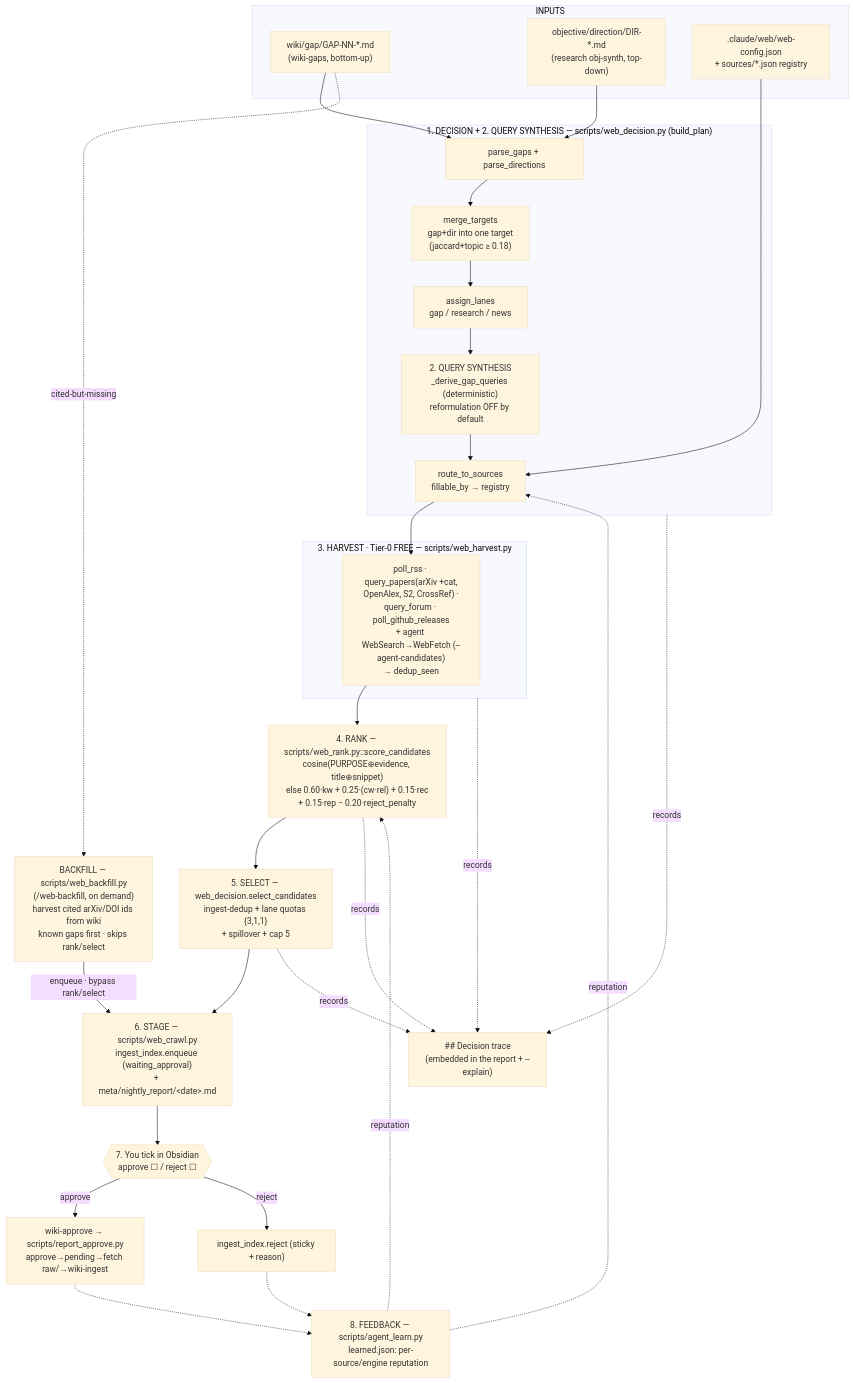
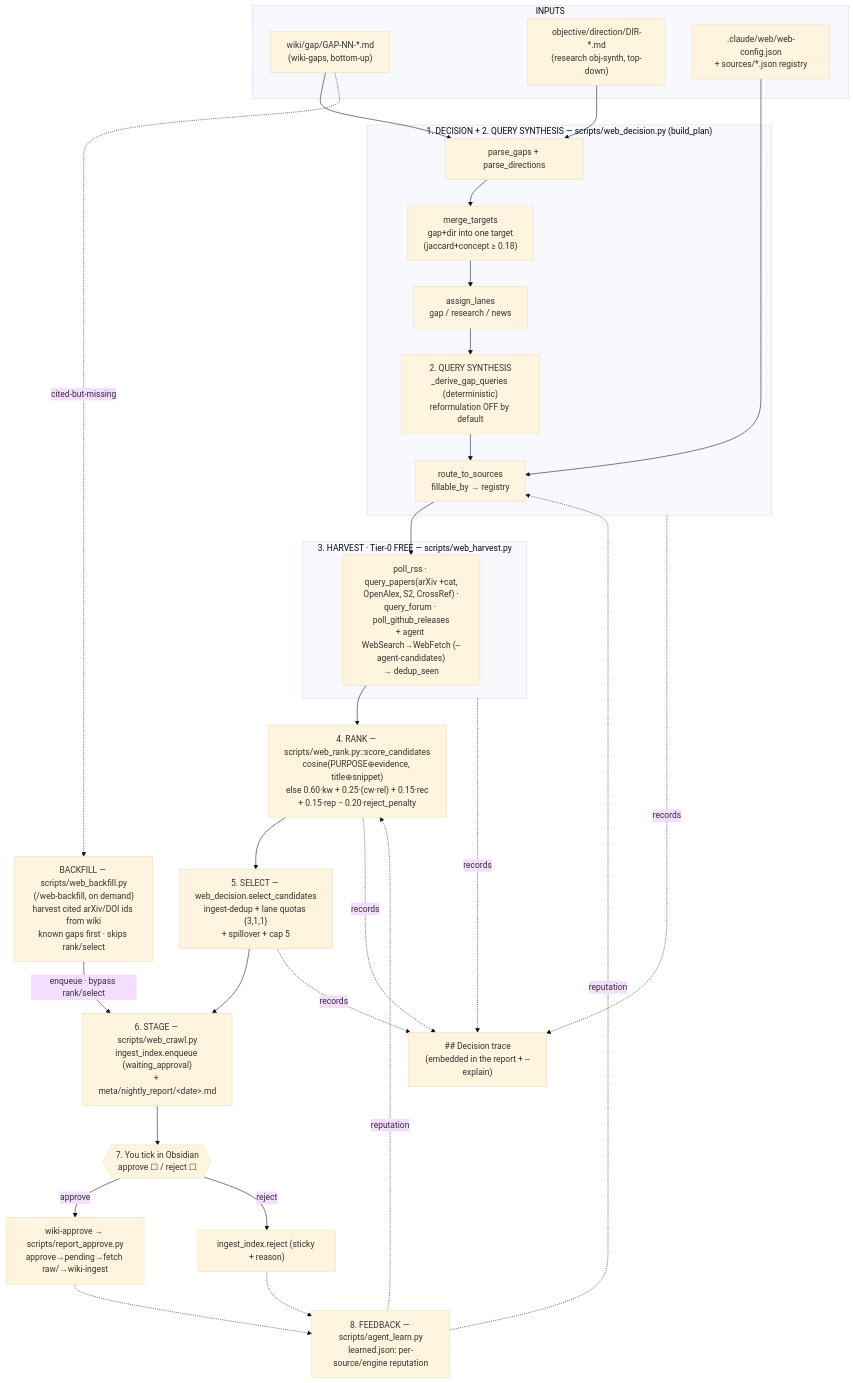
The diagram in docs/web-agent-workflow.md (jjpietrak/secondbrain), drawn with Mermaid (base theme) before and after one commit. The commit also changed other lines of this file and 28 other files, not shown here.

````diff
--- a/docs/web-agent-workflow.md
+++ b/docs/web-agent-workflow.md
@@ -21,48 +21,48 @@
 ```mermaid
 flowchart TD
   subgraph IN["INPUTS"]
     G["wiki/gap/GAP-NN-*.md<br/>(wiki-gaps, bottom-up)"]
     D["objective/direction/DIR-*.md<br/>(research obj-synth, top-down)"]
     CFG[".claude/web/web-config.json<br/>+ sources/*.json registry"]
   end
 
   subgraph DEC["1. DECISION + 2. QUERY SYNTHESIS — scripts/web_decision.py (build_plan)"]
     P["parse_gaps + parse_directions"]
-    M["merge_targets<br/>gap+dir into one target<br/>(jaccard+topic ≥ 0.18)"]
+    M["merge_targets<br/>gap+dir into one target<br/>(jaccard+concept ≥ 0.18)"]
     L["assign_lanes<br/>gap / research / news"]
     QS["2. QUERY SYNTHESIS<br/>_derive_gap_queries (deterministic)<br/>reformulation OFF by default"]
     R["route_to_sources<br/>fillable_by → registry"]
     P --> M --> L --> QS --> R
   end
 
   subgraph HARV["3. HARVEST · Tier-0 FREE — scripts/web_harvest.py"]
     H["poll_rss · query_papers(arXiv +cat,<br/>OpenAlex, S2, CrossRef) ·<br/>query_forum · poll_github_releases<br/>+ agent WebSearch→WebFetch (--agent-candidates)<br/>→ dedup_seen"]
   end
 
   RK["4. RANK — scripts/web_rank.py::score_candidates<br/>cosine(PURPOSE⊕evidence, title⊕snippet)<br/>else 0.60·kw + 0.25·(cw·rel) + 0.15·rec<br/>+ 0.15·rep − 0.20·reject_penalty"]
   SEL["5. SELECT — web_decision.select_candidates<br/>ingest-dedup + lane quotas {3,1,1}<br/>+ spillover + cap 5"]
   STG["6. STAGE — scripts/web_crawl.py<br/>ingest_index.enqueue (waiting_approval)<br/>+ meta/nightly_report/&lt;date&gt;.md"]
   APP{{"7. You tick in Obsidian<br/>approve ☐ / reject ☐"}}
   WA["wiki-approve → scripts/report_approve.py<br/>approve→pending→fetch raw/→wiki-ingest"]
   RJ["ingest_index.reject (sticky + reason)"]
   BF["BACKFILL — scripts/web_backfill.py<br/>(/web-backfill, on demand)<br/>harvest cited arXiv/DOI ids from wiki<br/>known gaps first · skips rank/select"]
   LRN["8. FEEDBACK — scripts/agent_learn.py<br/>learned.json: per-source/engine reputation"]
   TR["## Decision trace<br/>(embedded in the report + --explain)"]
 
   G --> P
   D --> P
   CFG --> R
   R --> H --> RK --> SEL --> STG --> APP
   APP -->|approve| WA
   APP -->|reject| RJ
   G -. cited-but-missing .-> BF
   BF -->|"enqueue · bypass rank/select"| STG
   WA -.-> LRN
   RJ -.-> LRN
   LRN -.reputation.-> RK
   LRN -.reputation.-> R
   DEC -.records.-> TR
   HARV -.records.-> TR
   RK -.records.-> TR
   SEL -.records.-> TR
 ```
````
